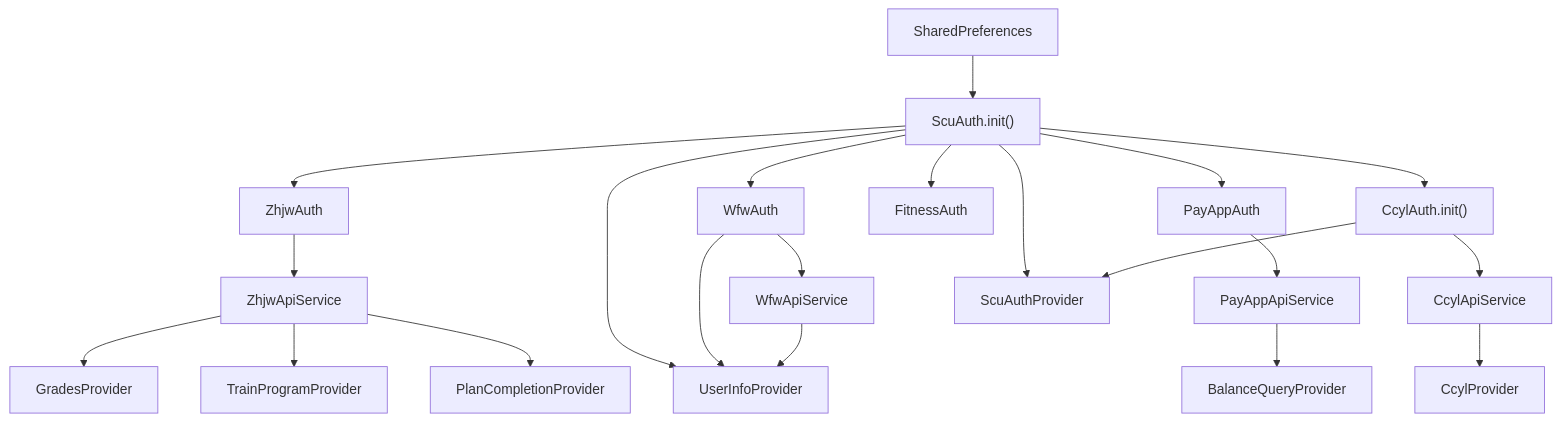
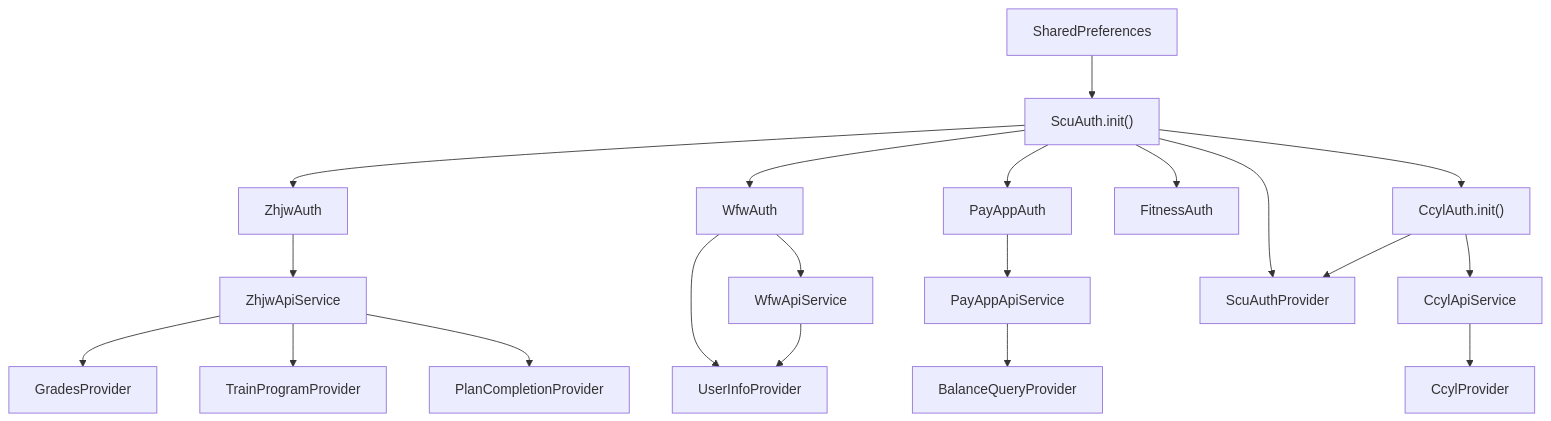
Before and after one commit to The-Brotherhood-of-SCU/Bugaoshan: the eighth of 8 diagrams in docs/decisions/auth-architecture.md, drawn with Mermaid. The commit also changed other lines of this file and 5 other files, not shown here.

````diff
--- a/docs/decisions/auth-architecture.md
+++ b/docs/decisions/auth-architecture.md
@@ -290,23 +292,22 @@
 ```mermaid
 graph TD
     SP["SharedPreferences"] --> SCU["ScuAuth.init()"]
     SCU --> ZA["ZhjwAuth"]
     SCU --> WA["WfwAuth"]
     SCU --> PA["PayAppAuth"]
     SCU --> FA["FitnessAuth"]
     SCU --> CA["CcylAuth.init()"]
     ZA --> ZHJW["ZhjwApiService"]
     WA --> WFW["WfwApiService"]
     PA --> PAYAPP["PayAppApiService"]
     CA --> CCYL["CcylApiService"]
     SCU --> SAP["ScuAuthProvider"]
     CA --> SAP
-    SCU --> UIP["UserInfoProvider"]
-    WA --> UIP
+    WA --> UIP["UserInfoProvider"]
     WFW --> UIP
     ZHJW --> GP["GradesProvider"]
     ZHJW --> TPP["TrainProgramProvider"]
     ZHJW --> PCP["PlanCompletionProvider"]
     CCYL --> CP["CcylProvider"]
     PAYAPP --> BQP["BalanceQueryProvider"]
 ```
````
